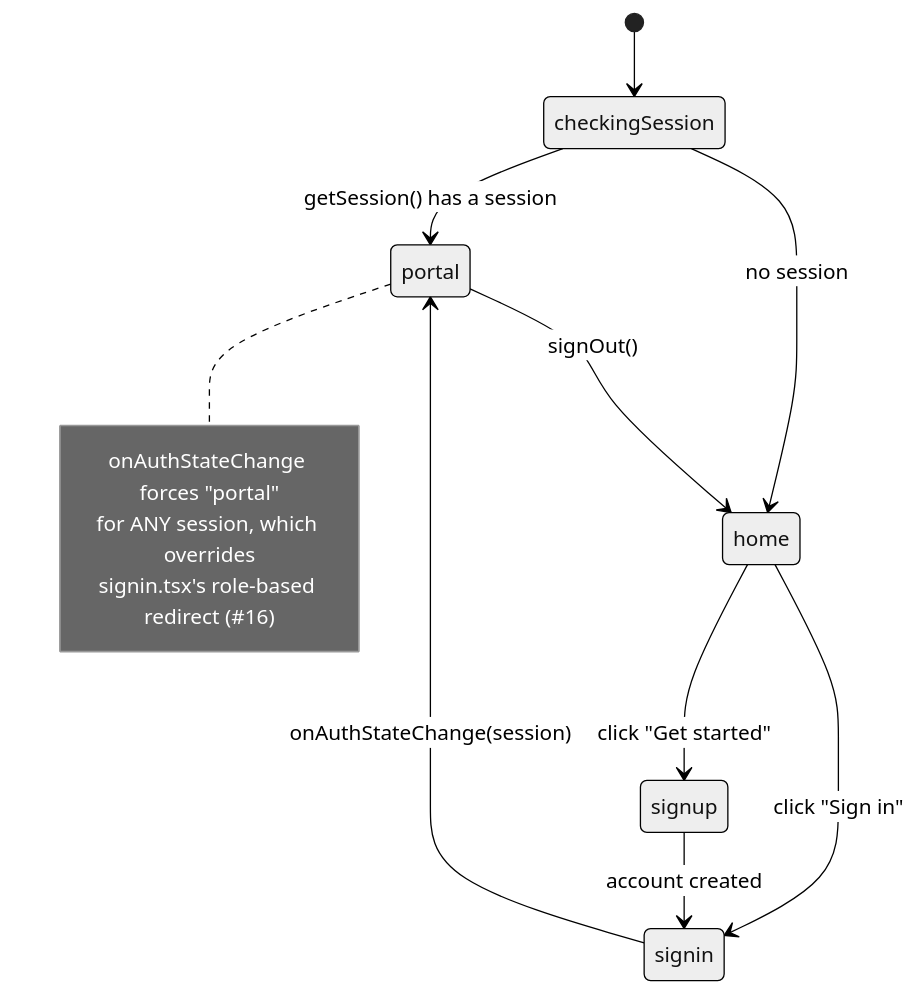
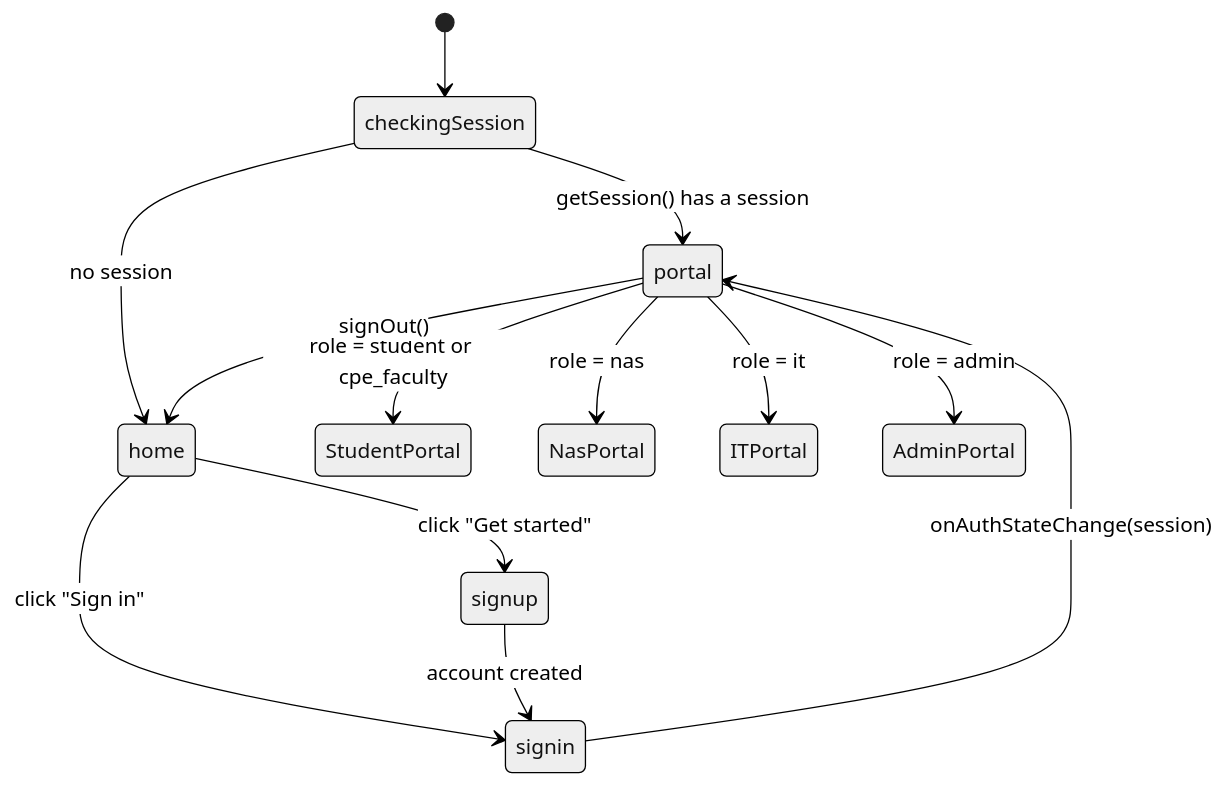
The fourth of 5 diagrams in docs/ARCHITECTURE.md (SeanixReal/Jobelonese), drawn with Mermaid (neutral theme) before and after one commit. The commit also changed other lines of this file and 5 other files, not shown here.

Commit message:
Add use case diagram and sync documentation

````diff
--- a/docs/ARCHITECTURE.md
+++ b/docs/ARCHITECTURE.md
@@ -66,18 +174,16 @@
 ```mermaid
 stateDiagram-v2
     [*] --> checkingSession
     checkingSession --> portal: getSession() has a session
     checkingSession --> home: no session
 
     home --> signin: click "Sign in"
     home --> signup: click "Get started"
     signup --> signin: account created
     signin --> portal: onAuthStateChange(session)
+    portal --> StudentPortal: role = student or cpe_faculty
+    portal --> NasPortal: role = nas
+    portal --> ITPortal: role = it
+    portal --> AdminPortal: role = admin
     portal --> home: signOut()
-
-    note right of portal
-        onAuthStateChange forces "portal"
-        for ANY session, which overrides
-        signin.tsx's role-based redirect (#16)
-    end note
 ```
````
